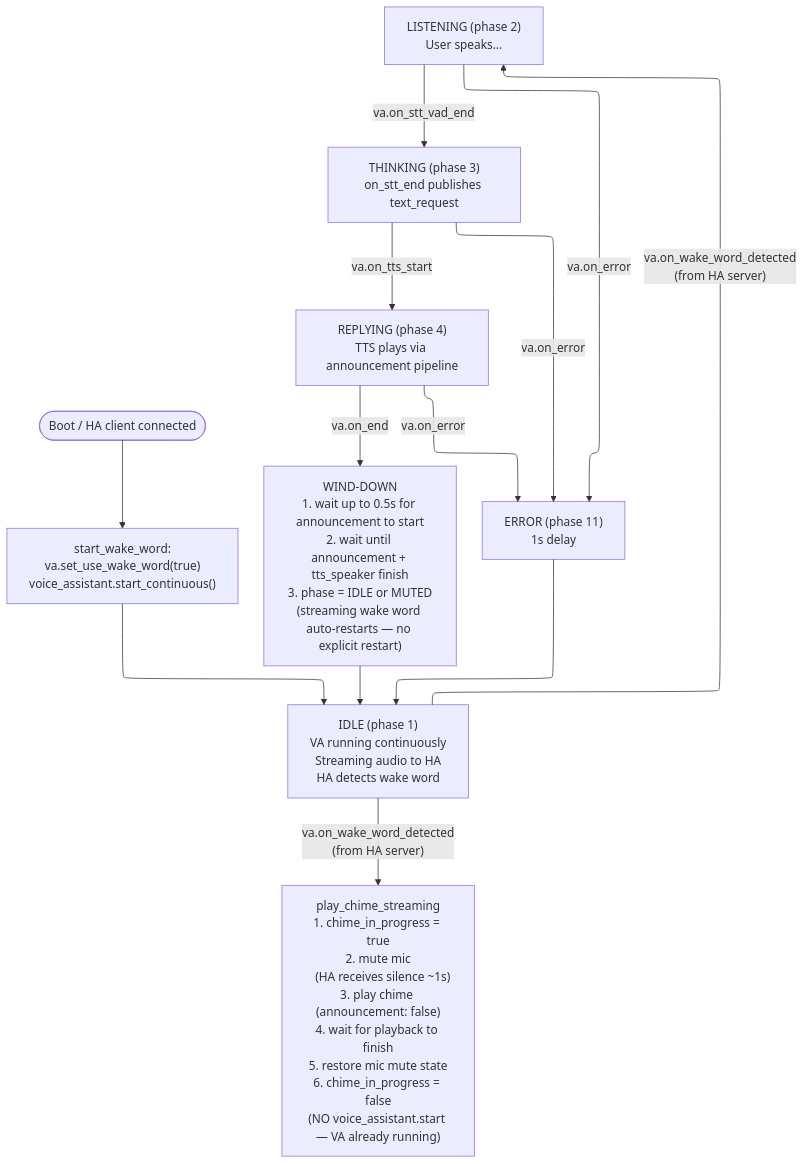
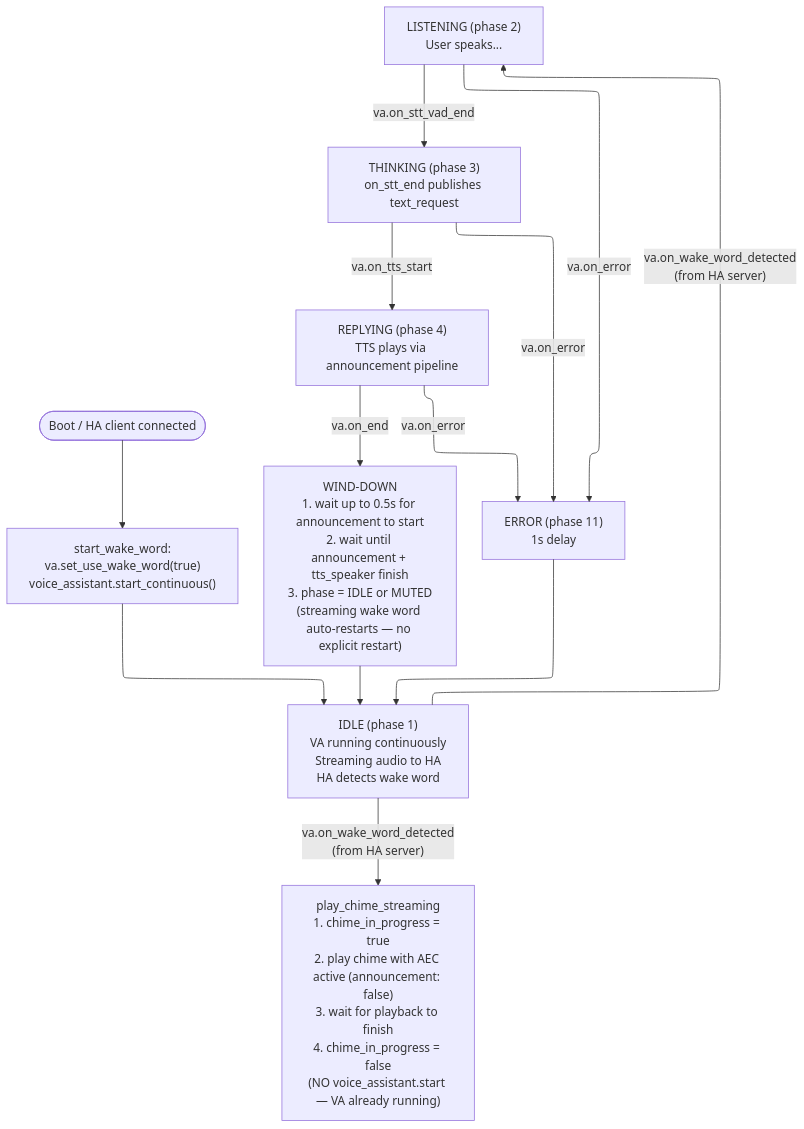
Before and after one commit to jftkcs/wake-word-voice-assistants: the second of 3 diagrams in README.md, drawn with Mermaid. The commit also changed other lines of this file and 1 other file, not shown here.

Commit message:
Added AEC to allow user voice recording _during_chime!

````diff
--- a/README.md
+++ b/README.md
@@ -101,33 +104,33 @@
 ```mermaid
 ---
 config:
   flowchart:
     defaultRenderer: "elk"
 ---
 flowchart TD
     BOOT([Boot / HA client connected]) --> START_WW["start_wake_word:\nva.set_use_wake_word(true)\nvoice_assistant.start_continuous()"]
     START_WW --> IDLE
 
     IDLE["IDLE (phase 1)\nVA running continuously\nStreaming audio to HA\nHA detects wake word"]
     IDLE -->|"va.on_wake_word_detected\n(from HA server)"| CHIME
     IDLE -->|"va.on_wake_word_detected\n(from HA server)"| LISTENING
 
-    CHIME["play_chime_streaming\n1. chime_in_progress = true\n2. mute mic\n   (HA receives silence ~1s)\n3. play chime (announcement: false)\n4. wait for playback to finish\n5. restore mic mute state\n6. chime_in_progress = false\n(NO voice_assistant.start — VA already running)"]
+    CHIME["play_chime_streaming\n1. chime_in_progress = true\n2. play chime with AEC active (announcement: false)\n3. wait for playback to finish\n4. chime_in_progress = false\n(NO voice_assistant.start — VA already running)"]
 
     LISTENING["LISTENING (phase 2)\nUser speaks..."]
     LISTENING -->|va.on_stt_vad_end| THINKING
 
     THINKING["THINKING (phase 3)\non_stt_end publishes text_request"]
     THINKING -->|va.on_tts_start| REPLYING
 
     REPLYING["REPLYING (phase 4)\nTTS plays via announcement pipeline"]
     REPLYING -->|va.on_end| WINDDOWN
 
     WINDDOWN["WIND-DOWN\n1. wait up to 0.5s for announcement to start\n2. wait until announcement + tts_speaker finish\n3. phase = IDLE or MUTED\n(streaming wake word auto-restarts — no explicit restart)"]
     WINDDOWN --> IDLE
 
     LISTENING -->|va.on_error| ERROR
     THINKING -->|va.on_error| ERROR
     REPLYING -->|va.on_error| ERROR
     ERROR["ERROR (phase 11)\n1s delay"] --> IDLE
 ```
````
